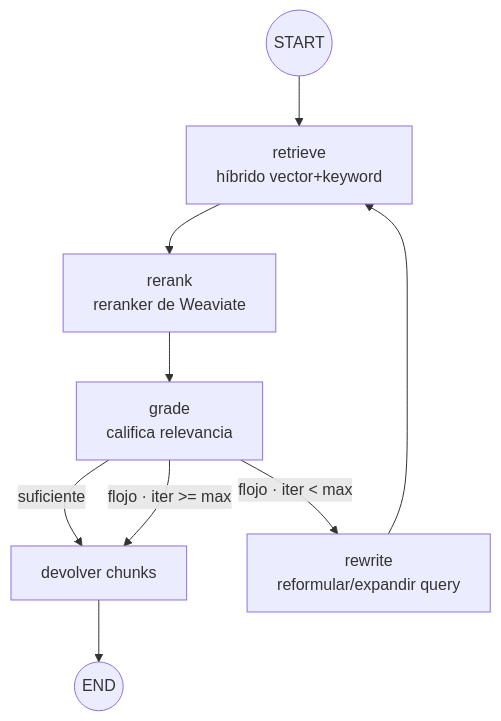
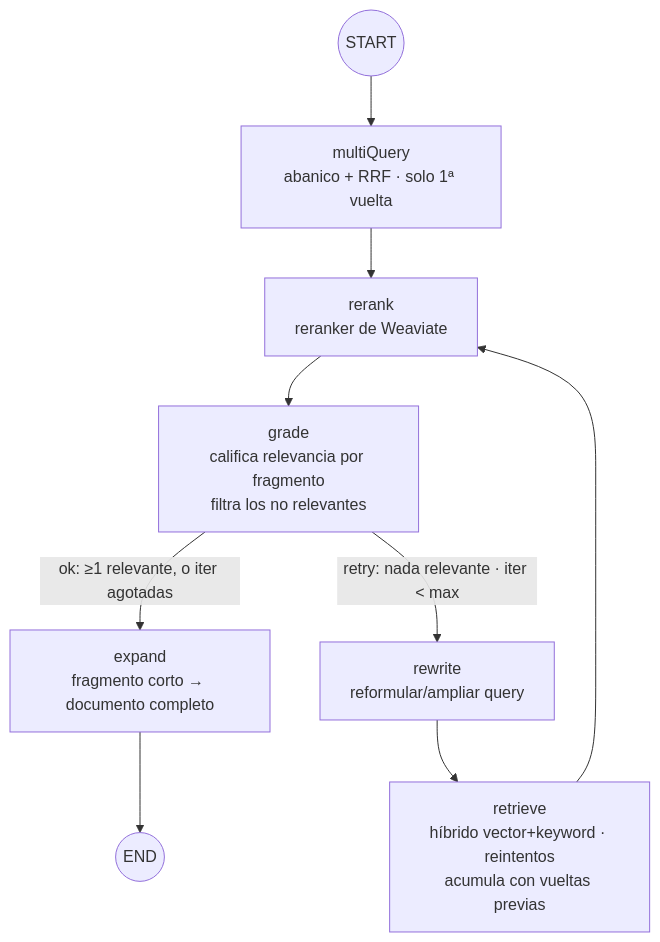
Before and after one commit to mikel0ne/ai-platform-portfolio: the second of 2 diagrams in autoops/docs/arquitectura/03-tools-mcp.md, drawn with Mermaid. The commit also changed other lines of this file, not shown here.

````diff
--- a/autoops/docs/arquitectura/03-tools-mcp.md
+++ b/autoops/docs/arquitectura/03-tools-mcp.md
@@ -144,11 +144,11 @@
 ```mermaid
 flowchart TB
-    START((START)) --> retrieve[retrieve<br/>híbrido vector+keyword]
-    retrieve --> rerank[rerank<br/>reranker de Weaviate]
-    rerank --> grade[grade<br/>califica relevancia]
-    grade -->|suficiente| done[devolver chunks]
-    grade -->|flojo · iter < max| rewrite[rewrite<br/>reformular/expandir query]
-    grade -->|flojo · iter >= max| done
+    START((START)) --> multiQuery[multiQuery<br/>abanico + RRF · solo 1ª vuelta]
+    multiQuery --> rerank[rerank<br/>reranker de Weaviate]
+    retrieve[retrieve<br/>híbrido vector+keyword · reintentos<br/>acumula con vueltas previas] --> rerank
+    rerank --> grade[grade<br/>califica relevancia por fragmento<br/>filtra los no relevantes]
+    grade -->|ok: ≥1 relevante, o iter agotadas| expand[expand<br/>fragmento corto → documento completo]
+    grade -->|retry: nada relevante · iter < max| rewrite[rewrite<br/>reformular/ampliar query]
     rewrite --> retrieve
-    done --> END((END))
+    expand --> END((END))
 ```
````
